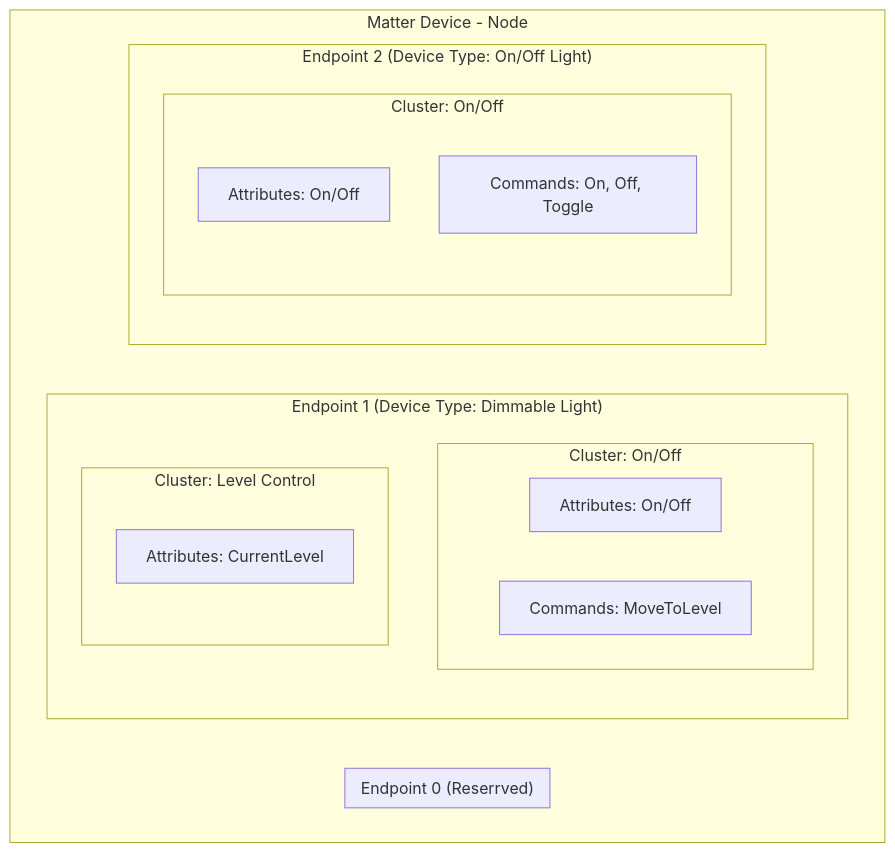
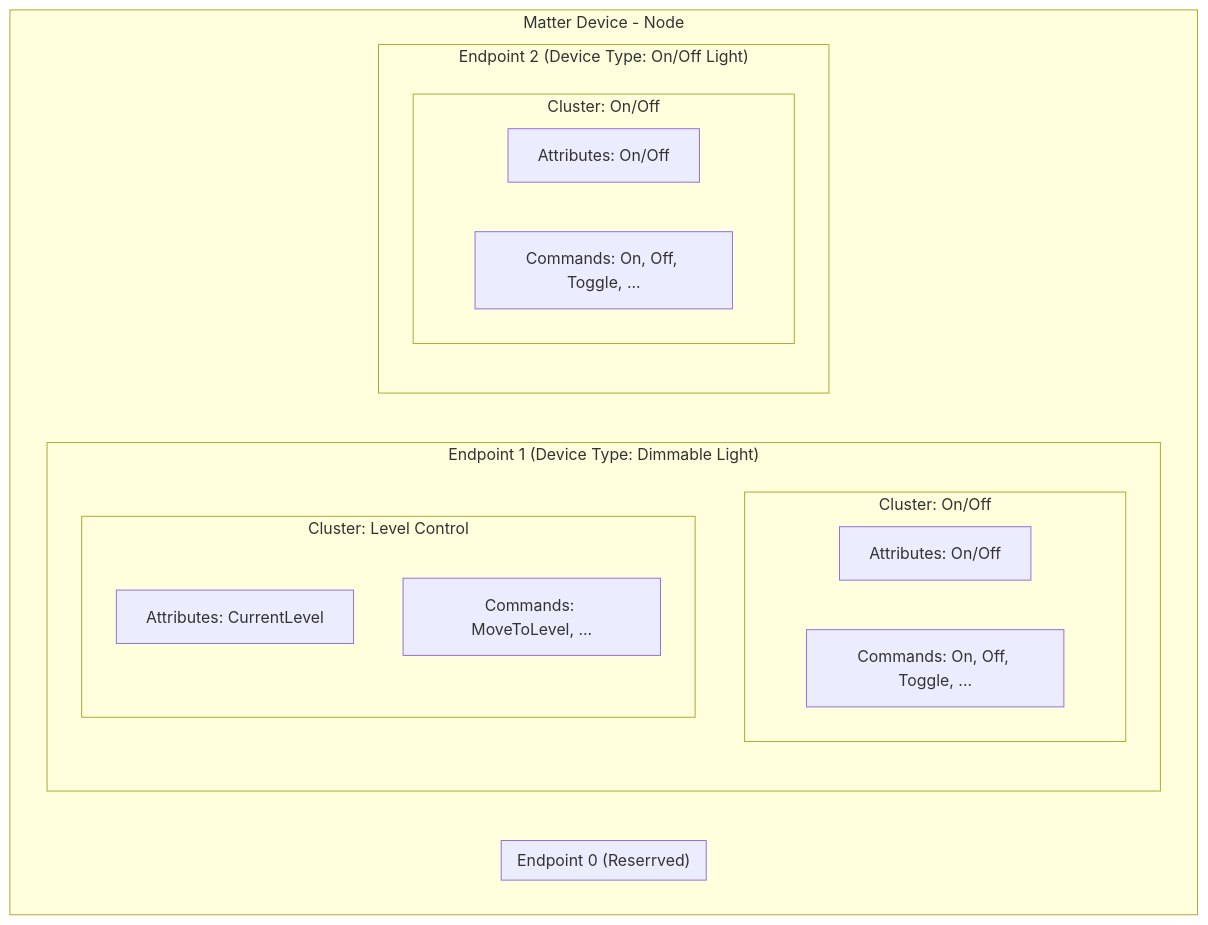
Before and after one commit to lankahsu520/HelperX: the tenth of 11 diagrams in helper_Matter.md, drawn with Mermaid. The commit also changed other lines of this file, not shown here.

````diff
--- a/helper_Matter.md
+++ b/helper_Matter.md
@@ -1295,25 +1328,27 @@
 ```mermaid
 flowchart BT
 	subgraph Matter[Matter Device - Node]
 		direction LR
 		subgraph Endpoint0["Endpoint 0 (Reserrved)"]
 		end
 		subgraph Endpoint1["Endpoint 1 (Device Type: Dimmable Light)"]
 			subgraph Cluster1a["Cluster: On/Off"]
+				direction LR
 				Attribute1a["Attributes: On/Off"]
-				Command1b["Commands: On, Off, Toggle"]
+				Command1a["Commands: On, Off, Toggle, ..."]
 			end
 			subgraph Cluster1b["Cluster: Level Control"]
 				Attribute1b["Attributes: CurrentLevel"]
-				Command1b["Commands: MoveToLevel"]
+				Command1b["Commands: MoveToLevel, ..."]
 			end
 		end
 		subgraph Endpoint2["Endpoint 2 (Device Type: On/Off Light)"]
 			subgraph Cluster2["Cluster: On/Off"]
+				direction LR
 				Attribute2["Attributes: On/Off"]
-				Command2["Commands: On, Off, Toggle"]
+				Command2["Commands: On, Off, Toggle, ..."]
 			end
 		end
 	end
 
 ```
````
